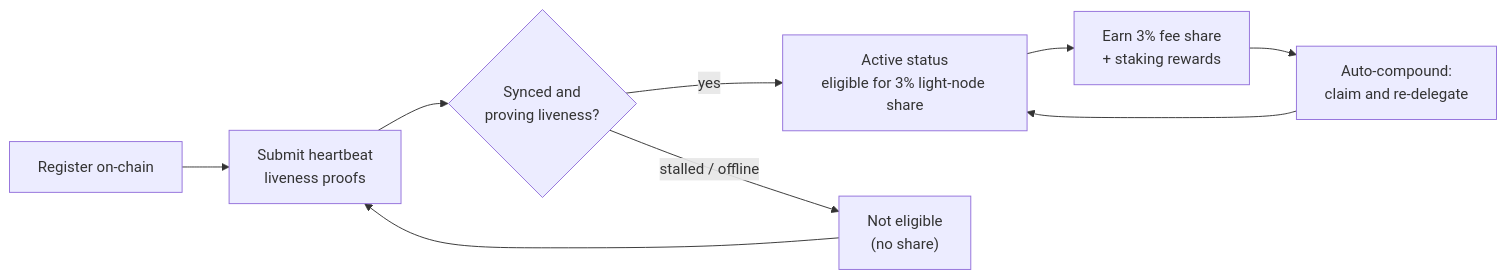
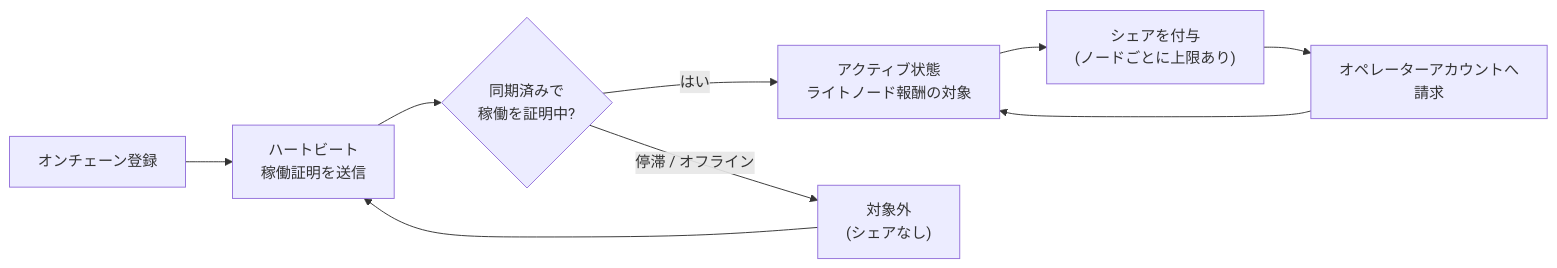
One commit to qorechain/qorechain-docs changed the diagram in i18n/ja/docusaurus-plugin-content-docs/current/light-node/rewards-and-monitoring.md. Above: the diagram before and after it, drawn with Mermaid. The commit also changed other lines of this file and 1055 other files, not shown here.

````diff
--- a/i18n/ja/docusaurus-plugin-content-docs/current/light-node/rewards-and-monitoring.md
+++ b/i18n/ja/docusaurus-plugin-content-docs/current/light-node/rewards-and-monitoring.md
@@ -34,11 +40,11 @@
 ```mermaid
 flowchart LR
-    A["Register on-chain"] --> B["Submit heartbeat<br/>liveness proofs"]
-    B --> C{"Synced and<br/>proving liveness?"}
-    C -- "yes" --> D["Active status<br/>eligible for 3% light-node share"]
-    C -- "stalled / offline" --> E["Not eligible<br/>(no share)"]
+    A["オンチェーン登録"] --> B["ハートビート<br/>稼働証明を送信"]
+    B --> C{"同期済みで<br/>稼働を証明中?"}
+    C -- "はい" --> D["アクティブ状態<br/>ライトノード報酬の対象"]
+    C -- "停滞 / オフライン" --> E["対象外<br/>(シェアなし)"]
     E --> B
-    D --> F["Earn 3% fee share<br/>+ staking rewards"]
-    F --> G["Auto-compound:<br/>claim and re-delegate"]
+    D --> F["シェアを付与<br/>(ノードごとに上限あり)"]
+    F --> G["オペレーターアカウントへ<br/>請求"]
     G --> D
 ```
````
